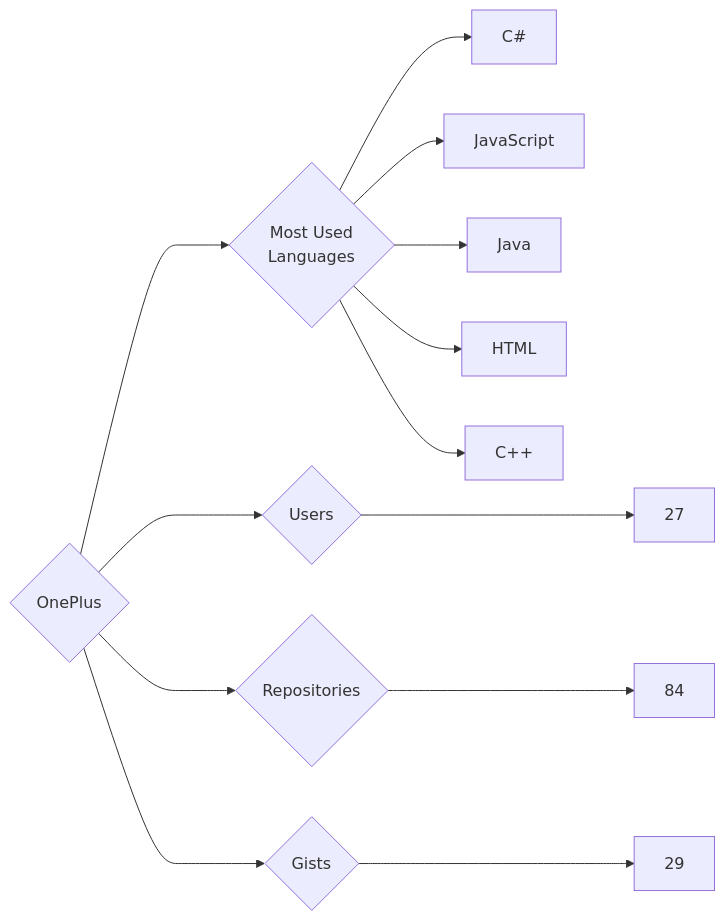
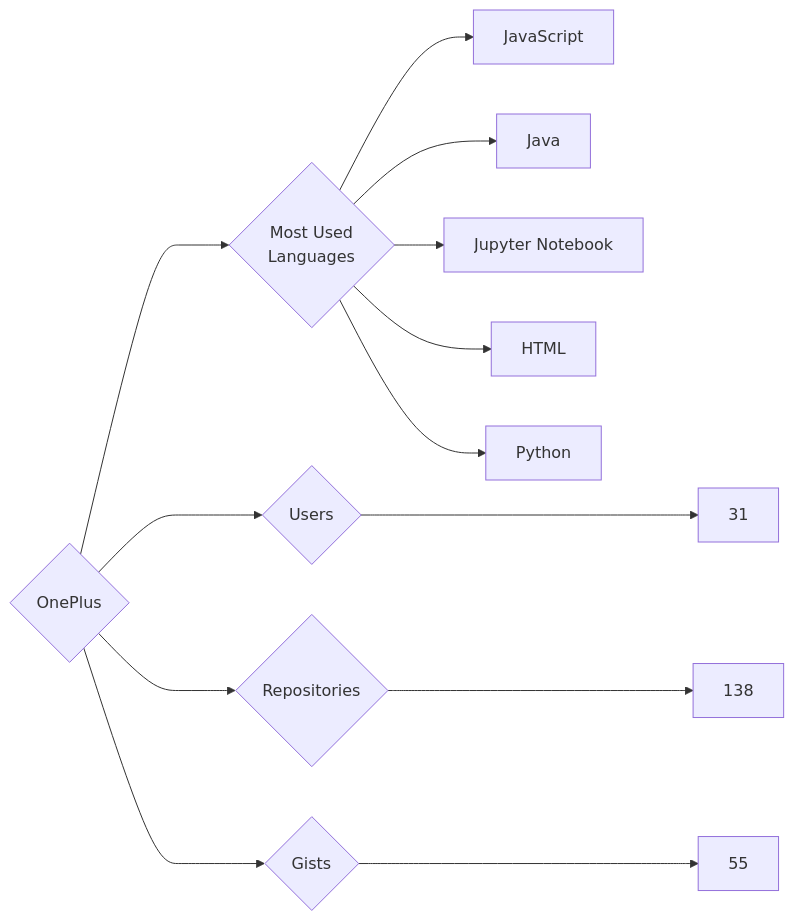
Before and after one commit to trickest/insiders: the diagram in targets/OnePlus/README.md, drawn with Mermaid. The commit also changed 973 other files, not shown here.

````diff
--- a/targets/OnePlus/README.md
+++ b/targets/OnePlus/README.md
@@ -3,13 +3,13 @@
 ```mermaid
 graph LR
 COMPANY_NAME{OnePlus}
-COMPANY_NAME ---> U{Users} ---> UN[27]
-COMPANY_NAME ---> R{Repositories} ---> RN[84]
-COMPANY_NAME ---> G{Gists} ---> GN[29]
+COMPANY_NAME ---> U{Users} ---> UN[31]
+COMPANY_NAME ---> R{Repositories} ---> RN[138]
+COMPANY_NAME ---> G{Gists} ---> GN[55]
 COMPANY_NAME ---> ML{Most Used<br>Languages}
-ML --> C#[C#]
 ML --> JavaScript[JavaScript]
 ML --> Java[Java]
+ML --> Jupyter_Notebook[Jupyter Notebook]
 ML --> HTML[HTML]
-ML --> C++[C++]
+ML --> Python[Python]
 ```
````
